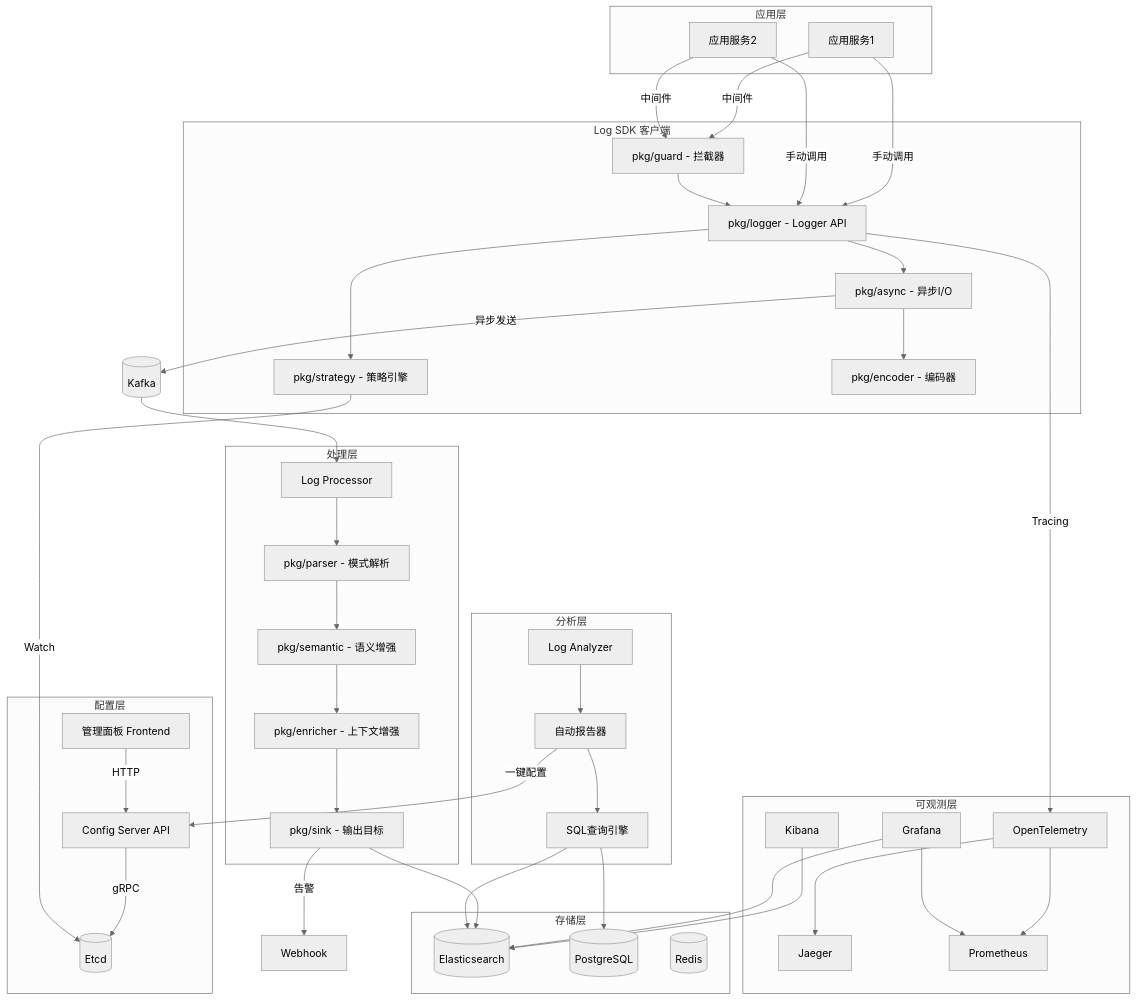
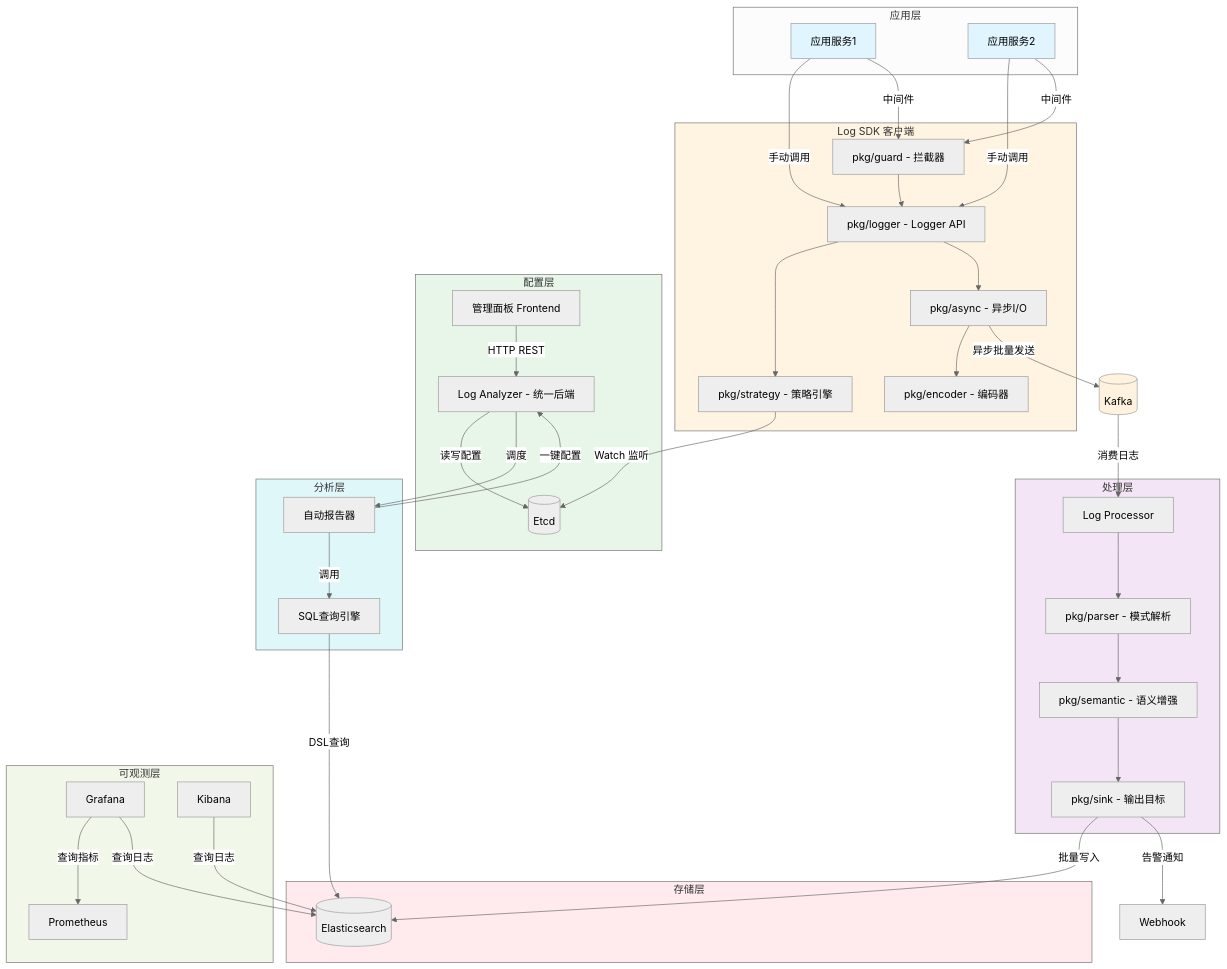
One commit to RZYN2020/logos changed the first of 5 diagrams in docs/thesis.md. Above: the diagram before and after it, drawn with Mermaid (neutral theme). The commit also changed other lines of this file and 63 other files, not shown here.

````diff
--- a/docs/thesis.md
+++ b/docs/thesis.md
@@ -128,6 +306,8 @@
     subgraph 应用层
         APP1[应用服务1]
         APP2[应用服务2]
+        style APP1 fill:#e1f5ff
+        style APP2 fill:#e1f5ff
     end
 
     subgraph Log_SDK[Log SDK 客户端]
@@ -136,42 +316,43 @@
         STRATEGY[pkg/strategy - 策略引擎]
         ASYNC[pkg/async - 异步I/O]
         ENCODER[pkg/encoder - 编码器]
+        style Log_SDK fill:#fff4e1
     end
 
     subgraph 配置层
         ETCD[(Etcd)]
-        CONFIG_API[Config Server API]
+        LOG_ANALYZER[Log Analyzer - 统一后端]
         FRONTEND[管理面板 Frontend]
+        style 配置层 fill:#e8f5e9
     end
 
     KAFKA[(Kafka)]
+    style KAFKA fill:#fff3e0
 
     subgraph 处理层
         PROCESSOR[Log Processor]
         PARSER[pkg/parser - 模式解析]
         SEMANTIC[pkg/semantic - 语义增强]
-        ENRICHER[pkg/enricher - 上下文增强]
         SINK[pkg/sink - 输出目标]
+        style 处理层 fill:#f3e5f5
     end
 
     subgraph 分析层
-        ANALYZER[Log Analyzer]
         SQL_ENGINE[SQL查询引擎]
         REPORTER[自动报告器]
+        style 分析层 fill:#e0f7fa
     end
 
     subgraph 存储层
         ES[(Elasticsearch)]
-        PG[(PostgreSQL)]
-        REDIS[(Redis)]
+        style 存储层 fill:#ffebee
     end
 
     subgraph 可观测层
-        OTEL[OpenTelemetry]
-        JAEGER[Jaeger]
         PROM[Prometheus]
         GRAFANA[Grafana]
         KIBANA[Kibana]
+        style 可观测层 fill:#f1f8e9
     end
 
     APP1 -->|手动调用| LOGGER
@@ -184,31 +365,25 @@
     ASYNC --> ENCODER
     GUARD --> LOGGER
 
-    FRONTEND -->|HTTP| CONFIG_API
-    CONFIG_API -->|gRPC| ETCD
-    STRATEGY -->|Watch| ETCD
+    FRONTEND -->|HTTP REST| LOG_ANALYZER
+    LOG_ANALYZER -->|读写配置| ETCD
+    STRATEGY -->|Watch 监听| ETCD
 
-    ASYNC -->|异步发送| KAFKA
-    KAFKA --> PROCESSOR
+    ASYNC -->|异步批量发送| KAFKA
+    KAFKA -->|消费日志| PROCESSOR
 
     PROCESSOR --> PARSER
     PARSER --> SEMANTIC
-    SEMANTIC --> ENRICHER
-    ENRICHER --> SINK
-    SINK --> ES
-    SINK -->|告警| WEBHOOK[Webhook]
+    SEMANTIC --> SINK
+    SINK -->|批量写入| ES
+    SINK -->|告警通知| WEBHOOK[Webhook]
 
-    LOGGER -->|Tracing| OTEL
+    SQL_ENGINE -->|DSL查询| ES
+    REPORTER -->|调用| SQL_ENGINE
+    LOG_ANALYZER -->|调度| REPORTER
+    REPORTER -->|一键配置| LOG_ANALYZER
 
-    SQL_ENGINE --> ES
-    SQL_ENGINE --> PG
-    REPORTER --> SQL_ENGINE
-    ANALYZER --> REPORTER
-    REPORTER -->|一键配置| CONFIG_API
-
-    OTEL --> JAEGER
-    OTEL --> PROM
-    GRAFANA --> PROM
-    KIBANA --> ES
-    GRAFANA --> ES
+    GRAFANA -->|查询指标| PROM
+    KIBANA -->|查询日志| ES
+    GRAFANA -->|查询日志| ES
 ```
````
